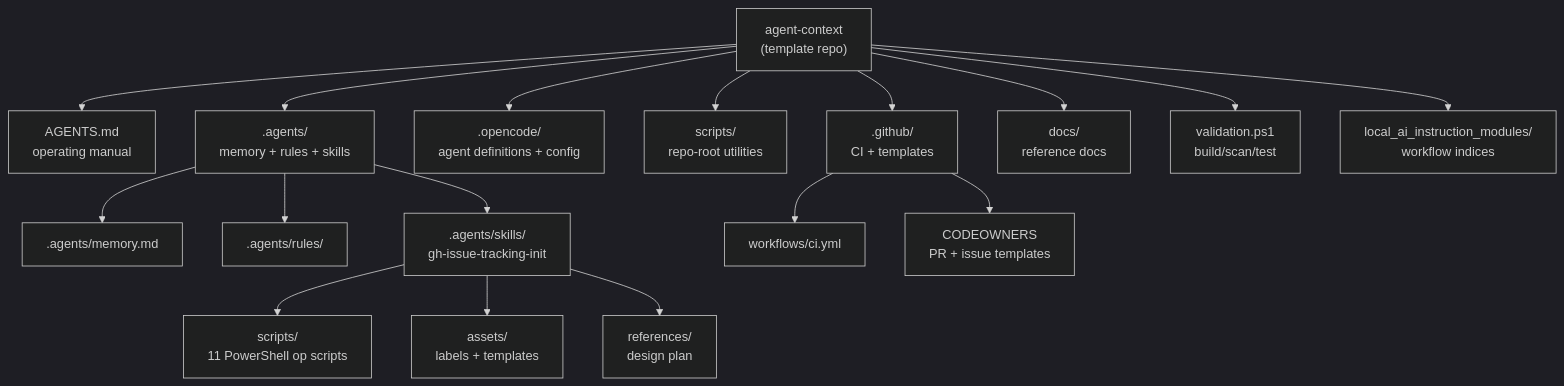
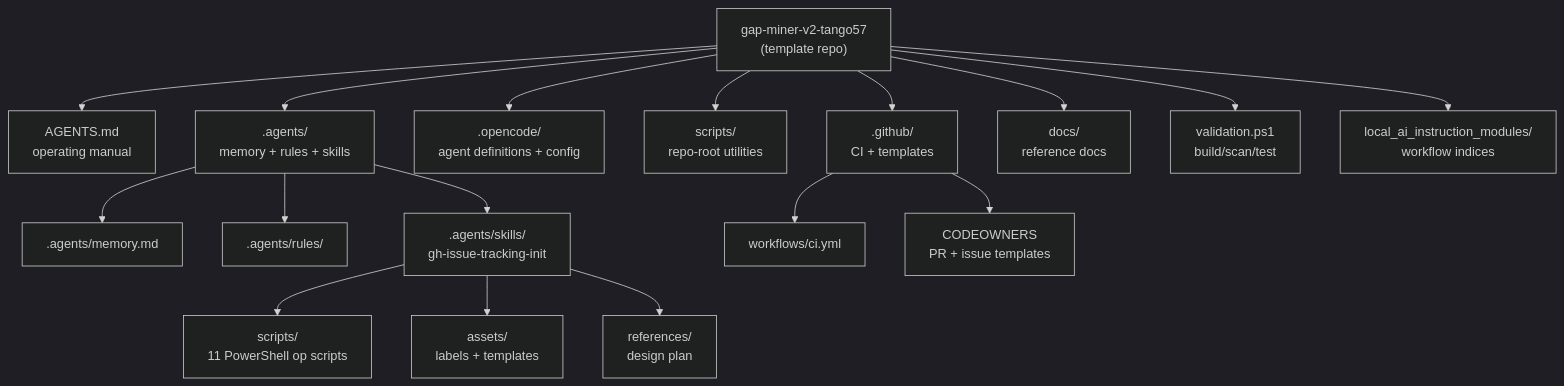
Before and after one commit to nam20485/gap-miner-v2-tango57: the first of 3 diagrams in droid-wiki/overview/architecture.md, drawn with Mermaid (dark theme). The commit also changed other lines of this file and 37 other files, not shown here.

Commit message:
Seed gap-miner-v2-tango57 from template with plan docs and placeholder replacements

````diff
--- a/droid-wiki/overview/architecture.md
+++ b/droid-wiki/overview/architecture.md
@@ -7,32 +7,32 @@
 ```mermaid
 graph TD
-    Template["agent-context<br/>(template repo)"]
+    Template["gap-miner-v2-tango57<br/>(template repo)"]
     AGENTS["AGENTS.md<br/>operating manual"]
     AgentsDir[".agents/<br/>memory + rules + skills"]
     OpenCode[".opencode/<br/>agent definitions + config"]
     Scripts["scripts/<br/>repo-root utilities"]
     GitHub[".github/<br/>CI + templates"]
     Docs["docs/<br/>reference docs"]
     Validation["validation.ps1<br/>build/scan/test"]
     LocalMods["local_ai_instruction_modules/<br/>workflow indices"]
 
     Template --> AGENTS
     Template --> AgentsDir
     Template --> OpenCode
     Template --> Scripts
     Template --> GitHub
     Template --> Docs
     Template --> Validation
     Template --> LocalMods
 
     AgentsDir --> Memory[".agents/memory.md"]
     AgentsDir --> Rules[".agents/rules/"]
     AgentsDir --> Skills[".agents/skills/<br/>gh-issue-tracking-init"]
 
     Skills --> SkillScripts["scripts/<br/>11 PowerShell op scripts"]
     Skills --> SkillAssets["assets/<br/>labels + templates"]
     Skills --> SkillRefs["references/<br/>design plan"]
 
     GitHub --> CI["workflows/ci.yml"]
     GitHub --> Templates["CODEOWNERS<br/>PR + issue templates"]
 ```
````
